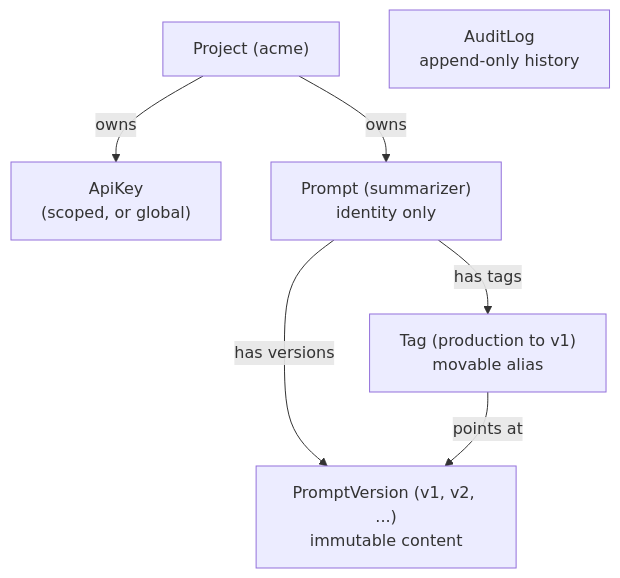
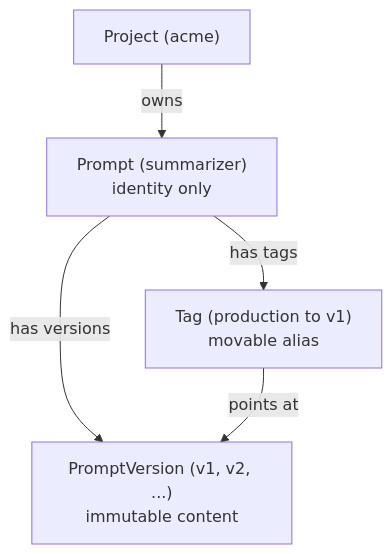
The fourth of 5 diagrams in docs/ARCHITECTURE.md (DimitarAtanassov/floating_prompts), drawn with Mermaid before and after one commit. The commit also changed other lines of this file and 51 other files, not shown here.

````diff
--- a/docs/ARCHITECTURE.md
+++ b/docs/ARCHITECTURE.md
@@ -160,15 +157,12 @@
 ```mermaid
 flowchart TD
     project["Project (acme)"]
-    apikey["ApiKey<br/>(scoped, or global)"]
     prompt["Prompt (summarizer)<br/>identity only"]
     version["PromptVersion (v1, v2, ...)<br/>immutable content"]
     tag["Tag (production to v1)<br/>movable alias"]
-    audit["AuditLog<br/>append-only history"]
 
-    project -->|owns| apikey
     project -->|owns| prompt
     prompt -->|has versions| version
     prompt -->|has tags| tag
     tag -->|points at| version
 ```
````
